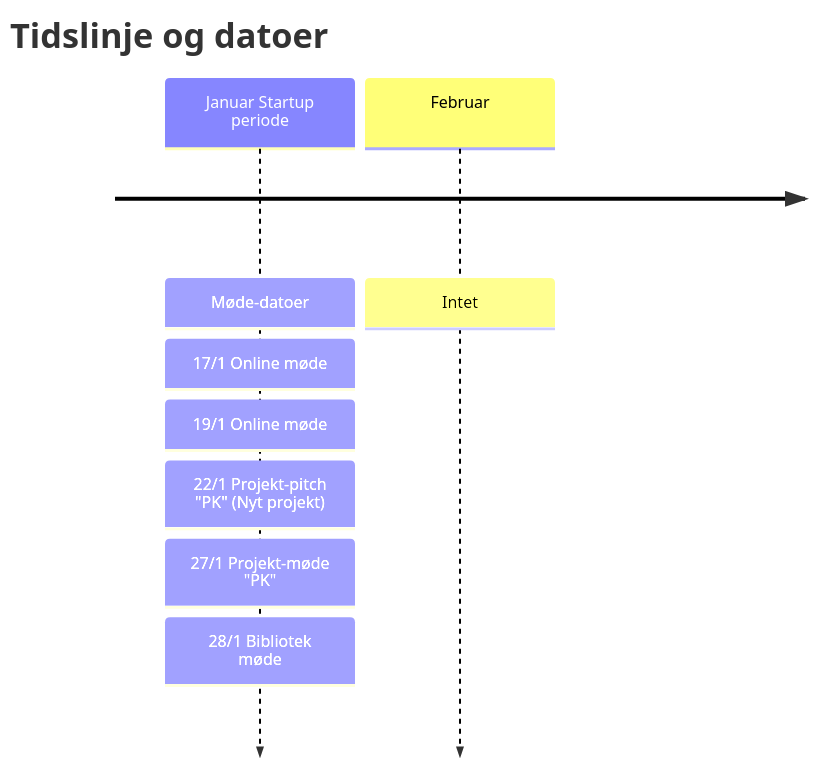
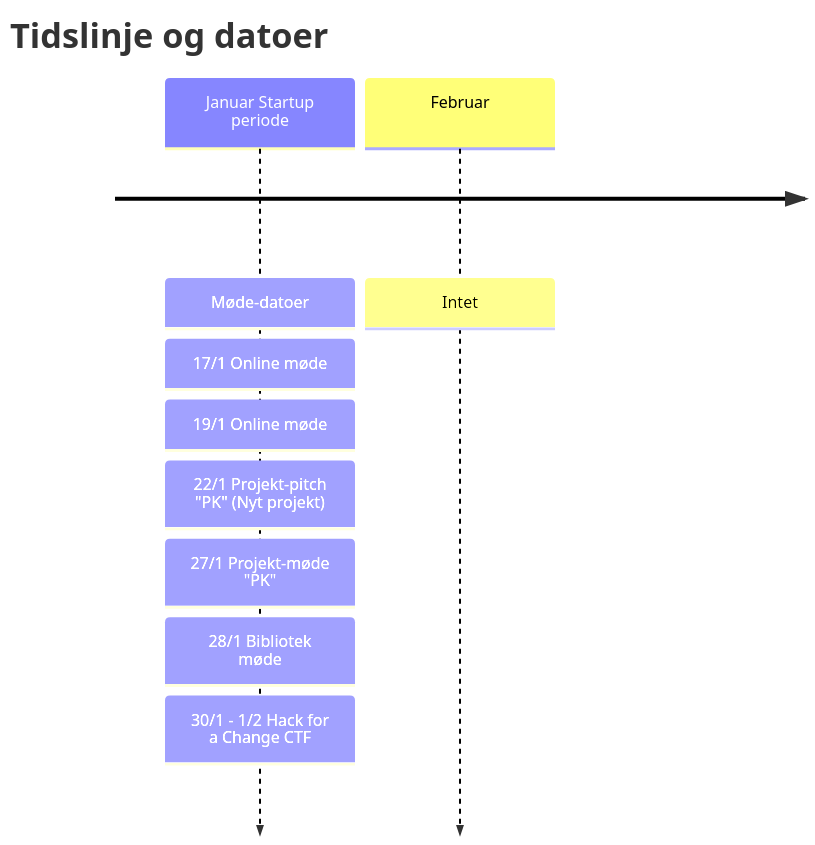
The diagram in README.md (Rosenorn-Solutions/Praktik_Opgaver), drawn with Mermaid before and after one commit. The commit also changed other lines of this file and 2 other files, not shown here.

````diff
--- a/README.md
+++ b/README.md
@@ -47,11 +34,12 @@
 ```mermaid
 timeline
     title Tidslinje og datoer
     Januar Startup periode : Møde-datoer 
         : 17/1 Online møde
         : 19/1 Online møde
         : 22/1 Projekt-pitch "PK" (Nyt projekt)
         : 27/1 Projekt-møde "PK" 
         : 28/1 Bibliotek møde
+        : 30/1 - 1/2 Hack for a Change CTF
     Februar : Intet 
 ```
````
